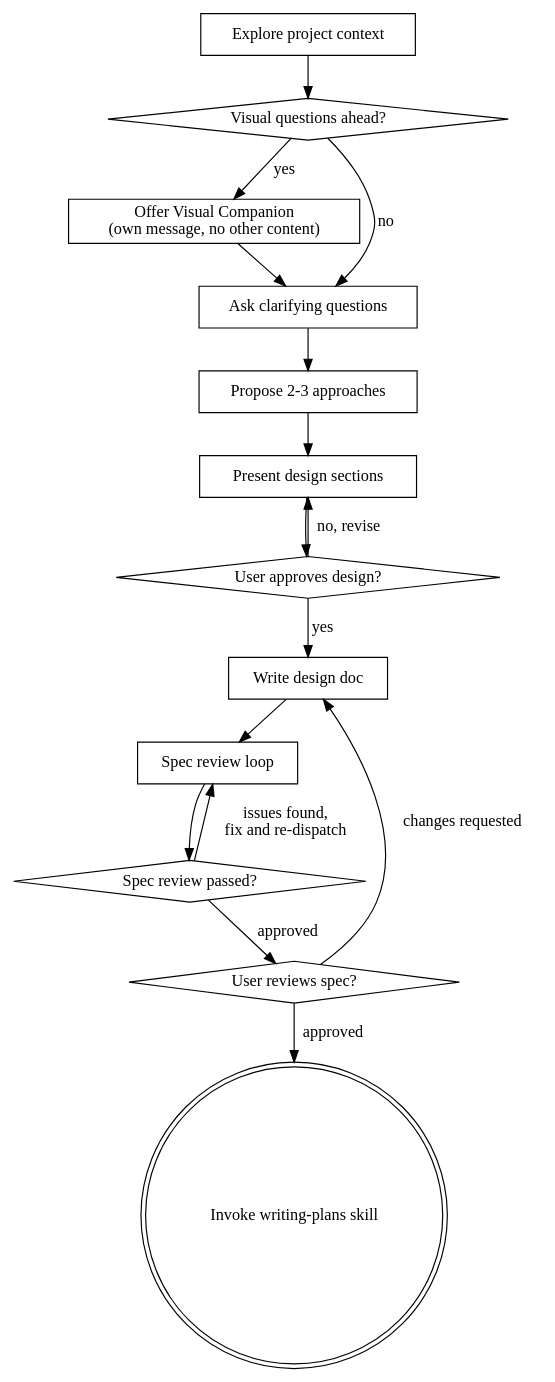
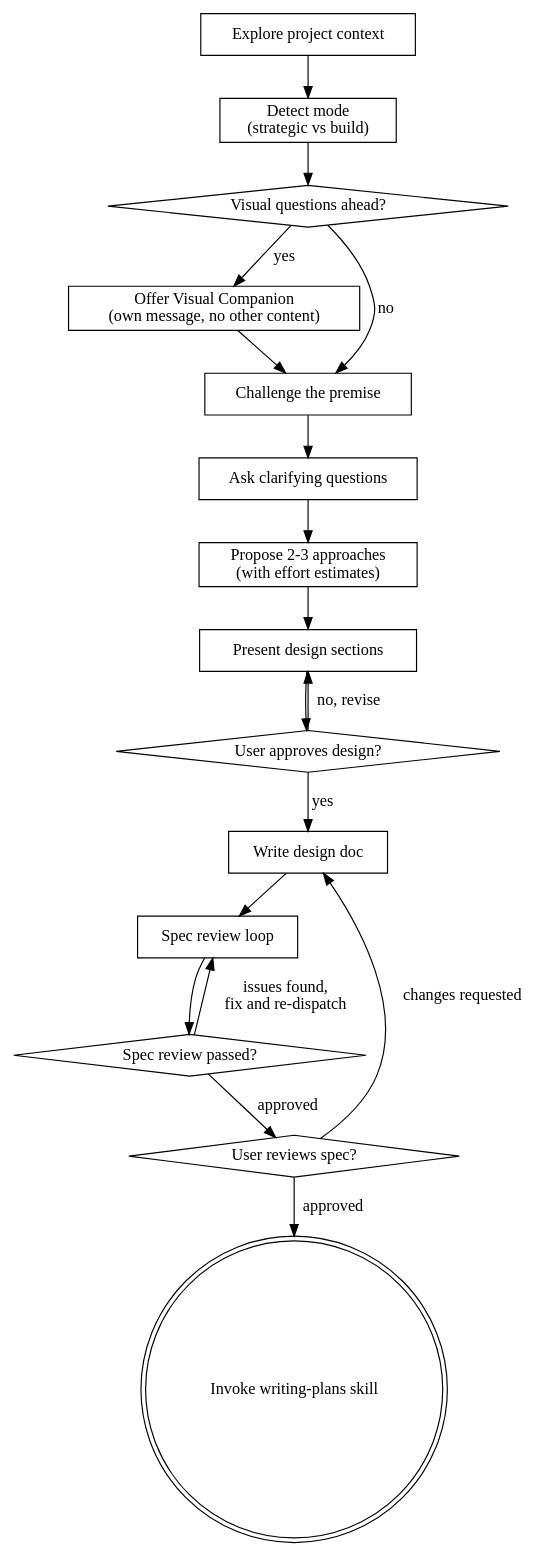
One commit to chris-yyau/busdriver changed the diagram in skills/brainstorming/SKILL.md. Above: the diagram before and after it, drawn with Graphviz. The commit also changed other lines of this file and 4 other files, not shown here.

First line of the commit message:
feat: add Freeze/Guard scope lock and brainstorming premise challenge

````diff
--- a/skills/brainstorming/SKILL.md
+++ b/skills/brainstorming/SKILL.md
@@ -36,32 +43,36 @@
 ```dot
 digraph brainstorming {
     "Explore project context" [shape=box];
+    "Detect mode\n(strategic vs build)" [shape=box];
     "Visual questions ahead?" [shape=diamond];
     "Offer Visual Companion\n(own message, no other content)" [shape=box];
+    "Challenge the premise" [shape=box];
     "Ask clarifying questions" [shape=box];
-    "Propose 2-3 approaches" [shape=box];
+    "Propose 2-3 approaches\n(with effort estimates)" [shape=box];
     "Present design sections" [shape=box];
     "User approves design?" [shape=diamond];
     "Write design doc" [shape=box];
     "Spec review loop" [shape=box];
     "Spec review passed?" [shape=diamond];
     "User reviews spec?" [shape=diamond];
     "Invoke writing-plans skill" [shape=doublecircle];
 
-    "Explore project context" -> "Visual questions ahead?";
+    "Explore project context" -> "Detect mode\n(strategic vs build)";
+    "Detect mode\n(strategic vs build)" -> "Visual questions ahead?";
     "Visual questions ahead?" -> "Offer Visual Companion\n(own message, no other content)" [label="yes"];
-    "Visual questions ahead?" -> "Ask clarifying questions" [label="no"];
-    "Offer Visual Companion\n(own message, no other content)" -> "Ask clarifying questions";
-    "Ask clarifying questions" -> "Propose 2-3 approaches";
-    "Propose 2-3 approaches" -> "Present design sections";
+    "Visual questions ahead?" -> "Challenge the premise" [label="no"];
+    "Offer Visual Companion\n(own message, no other content)" -> "Challenge the premise";
+    "Challenge the premise" -> "Ask clarifying questions";
+    "Ask clarifying questions" -> "Propose 2-3 approaches\n(with effort estimates)";
+    "Propose 2-3 approaches\n(with effort estimates)" -> "Present design sections";
     "Present design sections" -> "User approves design?";
     "User approves design?" -> "Present design sections" [label="no, revise"];
     "User approves design?" -> "Write design doc" [label="yes"];
     "Write design doc" -> "Spec review loop";
     "Spec review loop" -> "Spec review passed?";
     "Spec review passed?" -> "Spec review loop" [label="issues found,\nfix and re-dispatch"];
     "Spec review passed?" -> "User reviews spec?" [label="approved"];
     "User reviews spec?" -> "Write design doc" [label="changes requested"];
     "User reviews spec?" -> "Invoke writing-plans skill" [label="approved"];
 }
 ```
````
